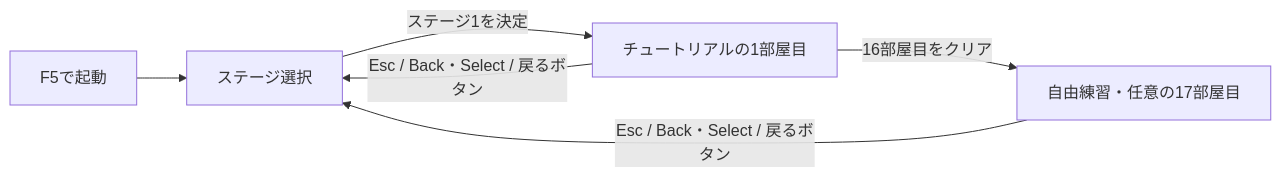
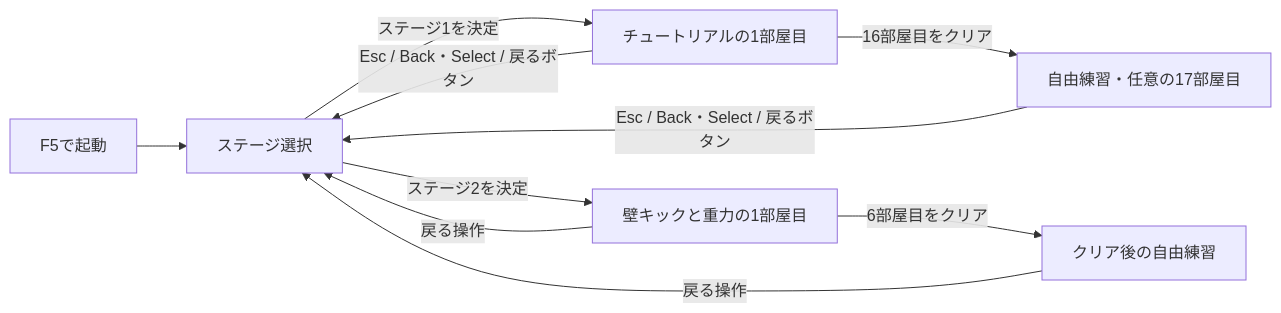
One commit to Foxy-null/2d-space changed the diagram in docs/stage-selection.md. Above: the diagram before and after it, drawn with Mermaid. The commit also changed other lines of this file and 21 other files, not shown here.

````diff
--- a/docs/stage-selection.md
+++ b/docs/stage-selection.md
@@ -42,8 +44,12 @@
 ```mermaid
 flowchart LR
     Start[F5で起動] --> Select[ステージ選択]
     Select -->|ステージ1を決定| Tutorial[チュートリアルの1部屋目]
+    Select -->|ステージ2を決定| Stage2[壁キックと重力の1部屋目]
+    Stage2 -->|6部屋目をクリア| Stage2Practice[クリア後の自由練習]
+    Stage2 -->|戻る操作| Select
+    Stage2Practice -->|戻る操作| Select
     Tutorial -->|16部屋目をクリア| Practice[自由練習・任意の17部屋目]
     Tutorial -->|Esc / Back・Select / 戻るボタン| Select
     Practice -->|Esc / Back・Select / 戻るボタン| Select
 ```
````
